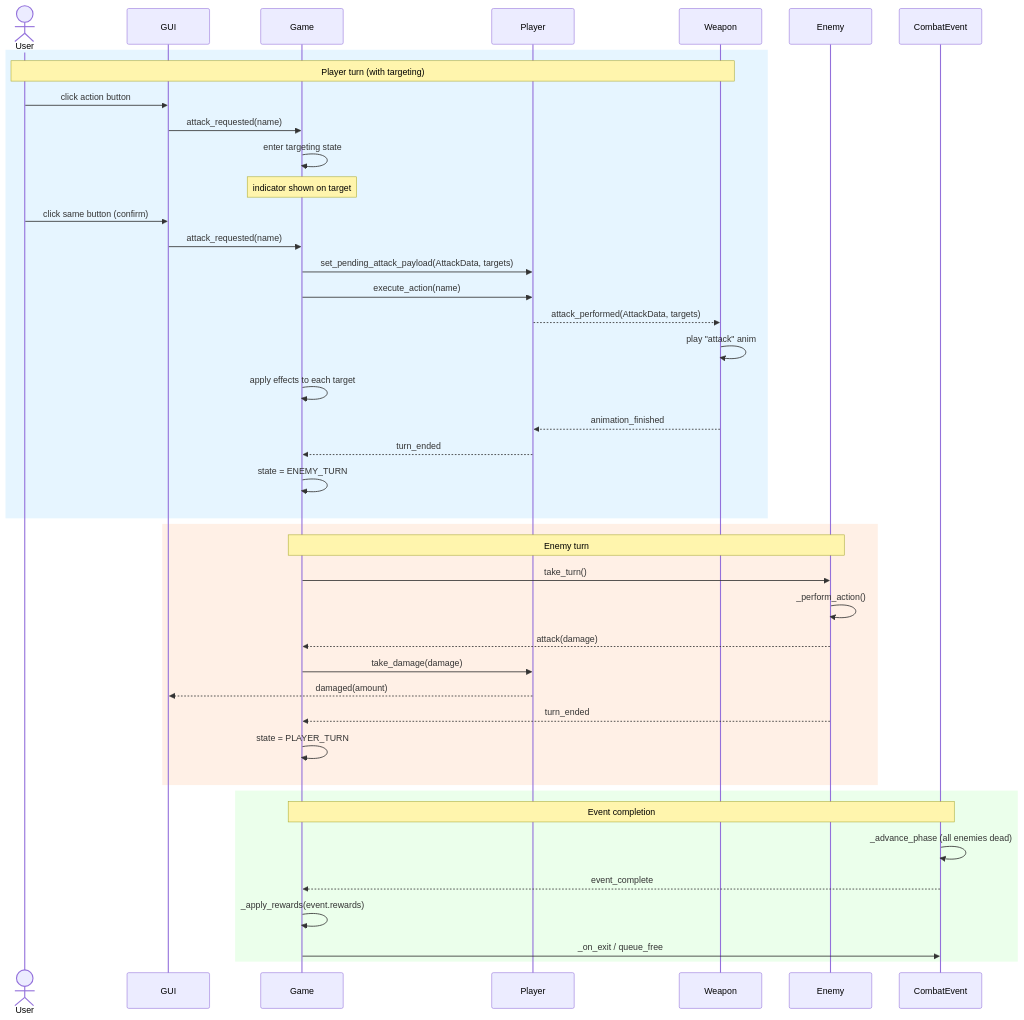
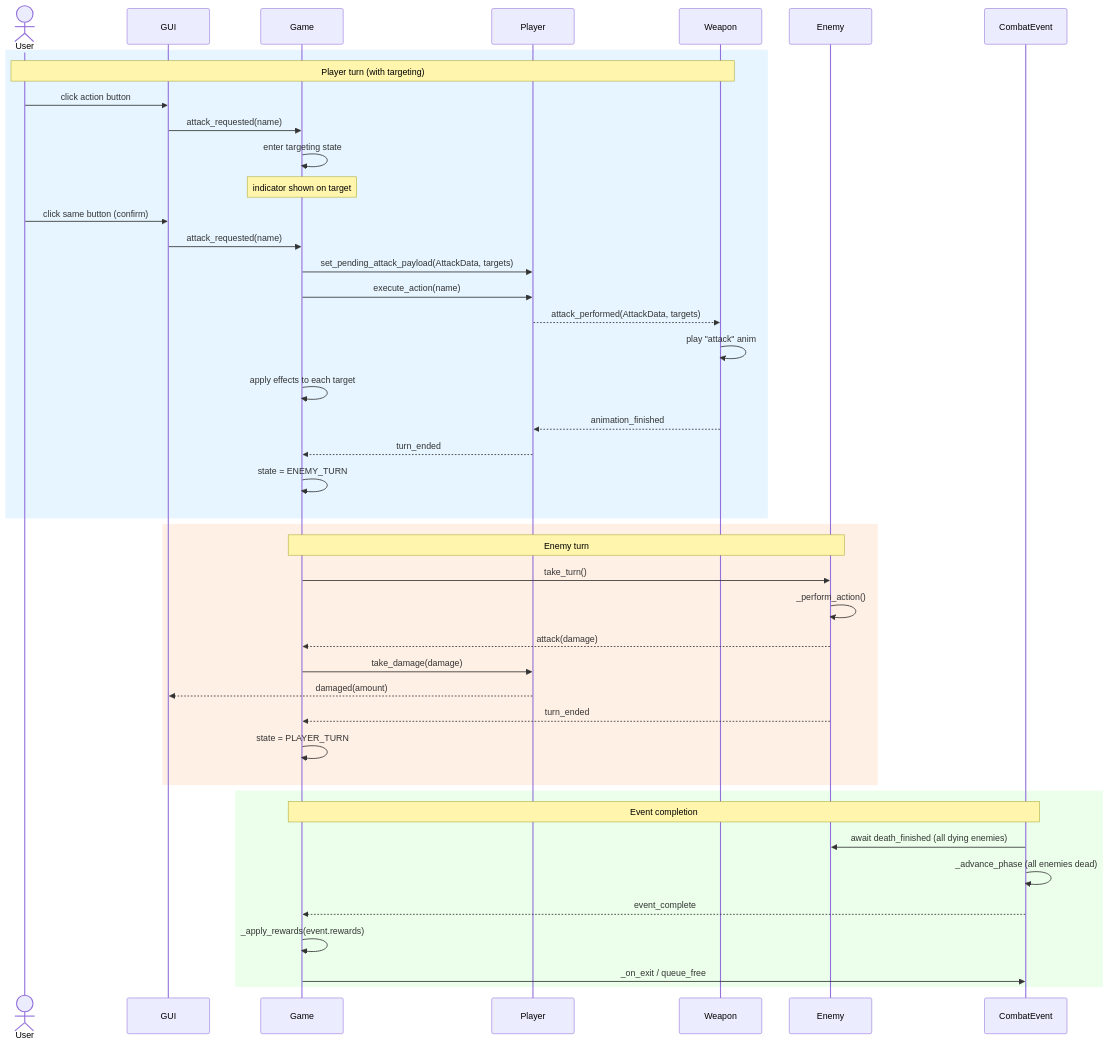
The third of 4 diagrams in journal/architecture.md (mjholder/crawler), drawn with Mermaid before and after one commit. The commit also changed other lines of this file and 28 other files, not shown here.

````diff
--- a/journal/architecture.md
+++ b/journal/architecture.md
@@ -107,47 +108,48 @@
 ```mermaid
 sequenceDiagram
     actor User
     participant GUI
     participant Game
     participant Player
     participant Weapon
     participant Enemy
     participant Event as CombatEvent
 
     rect rgb(230, 245, 255)
     note over User,Weapon: Player turn (with targeting)
     User->>GUI: click action button
     GUI->>Game: attack_requested(name)
     Game->>Game: enter targeting state
     note over Game: indicator shown on target
     User->>GUI: click same button (confirm)
     GUI->>Game: attack_requested(name)
     Game->>Player: set_pending_attack_payload(AttackData, targets)
     Game->>Player: execute_action(name)
     Player-->>Weapon: attack_performed(AttackData, targets)
     Weapon->>Weapon: play "attack" anim
     Game->>Game: apply effects to each target
     Weapon-->>Player: animation_finished
     Player-->>Game: turn_ended
     Game->>Game: state = ENEMY_TURN
     end
 
     rect rgb(255, 240, 230)
     note over Game,Enemy: Enemy turn
     Game->>Enemy: take_turn()
     Enemy->>Enemy: _perform_action()
     Enemy-->>Game: attack(damage)
     Game->>Player: take_damage(damage)
     Player-->>GUI: damaged(amount)
     Enemy-->>Game: turn_ended
     Game->>Game: state = PLAYER_TURN
     end
 
     rect rgb(235, 255, 235)
     note over Event,Game: Event completion
+    Event->>Enemy: await death_finished (all dying enemies)
     Event->>Event: _advance_phase (all enemies dead)
     Event-->>Game: event_complete
     Game->>Game: _apply_rewards(event.rewards)
     Game->>Event: _on_exit / queue_free
     end
 ```
````
